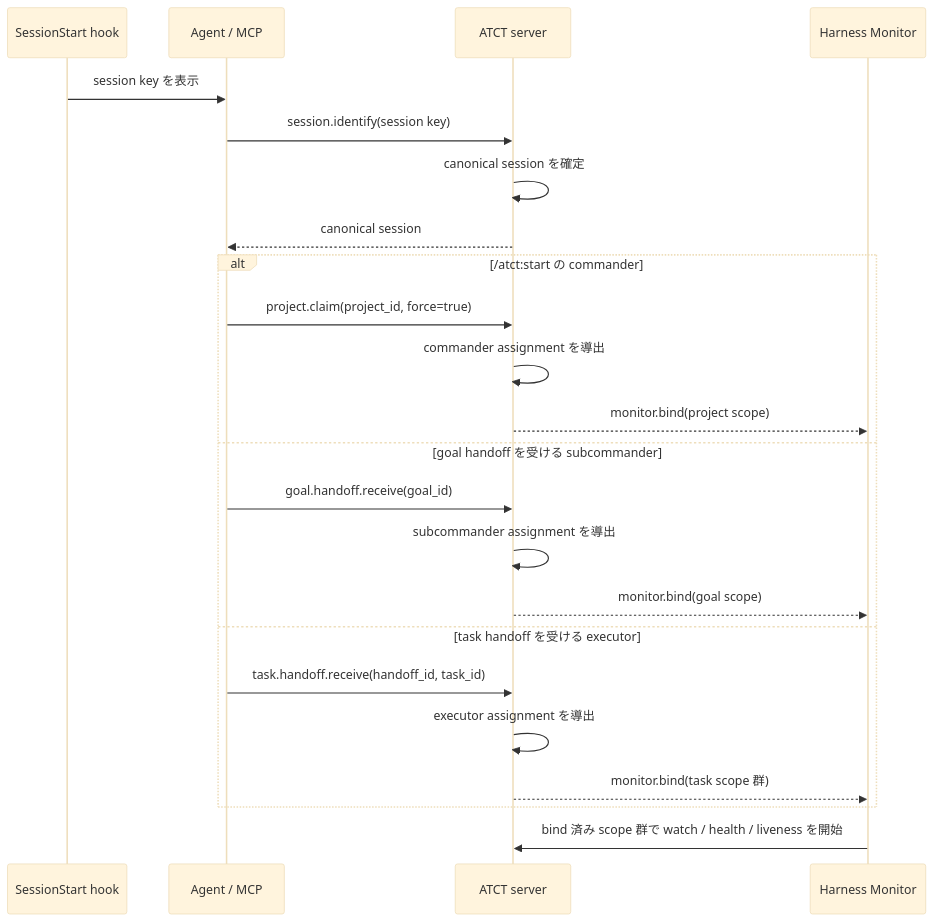
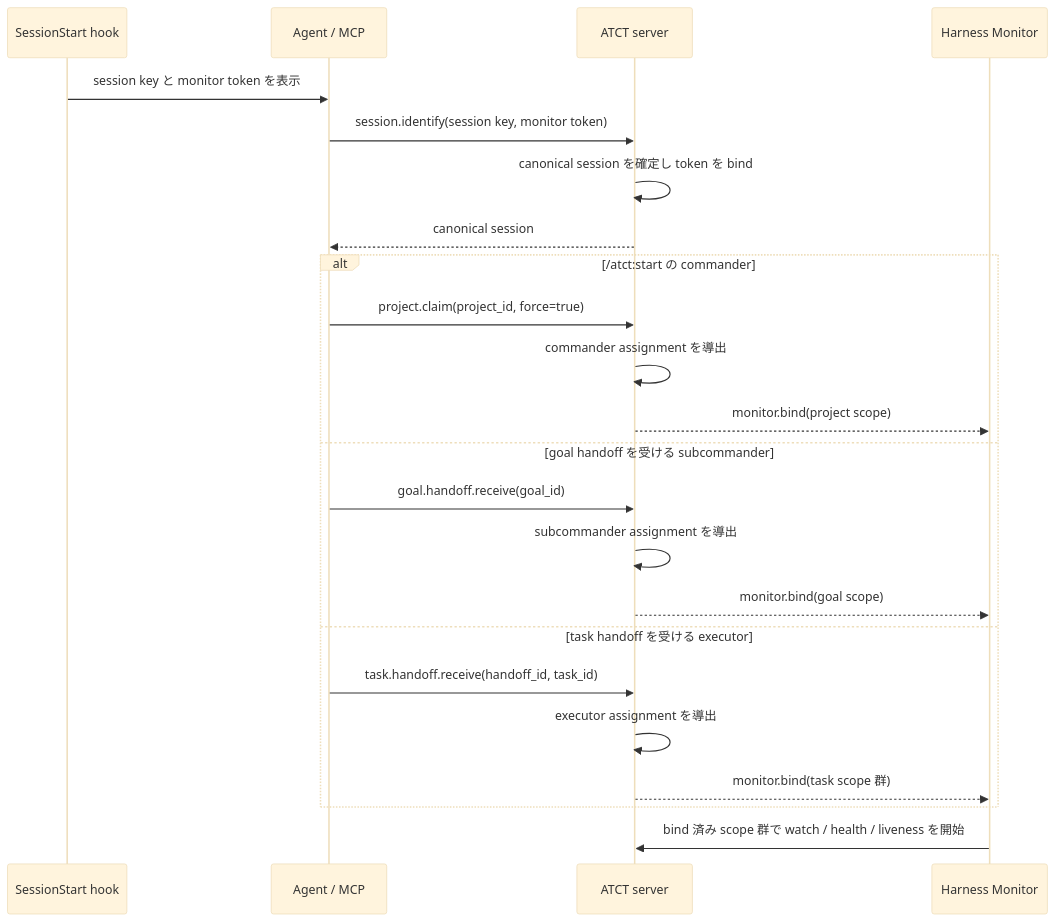
Before and after one commit to michiomochi/atct: the diagram in doc/bootstrap.md, drawn with Mermaid (base theme). The commit also changed other lines of this file and 7 other files, not shown here.

Commit message:
feat: bind Claude watches to session assignments

````diff
--- a/doc/bootstrap.md
+++ b/doc/bootstrap.md
@@ -23,26 +24,26 @@
 ```mermaid
 sequenceDiagram
     participant H as SessionStart hook
     participant A as Agent / MCP
     participant S as ATCT server
     participant M as Harness Monitor
 
-    H->>A: session key を表示
-    A->>S: session.identify(session key)
-    S->>S: canonical session を確定
+    H->>A: session key と monitor token を表示
+    A->>S: session.identify(session key, monitor token)
+    S->>S: canonical session を確定し token を bind
     S-->>A: canonical session
     alt /atct:start の commander
         A->>S: project.claim(project_id, force=true)
         S->>S: commander assignment を導出
         S-->>M: monitor.bind(project scope)
     else goal handoff を受ける subcommander
         A->>S: goal.handoff.receive(goal_id)
         S->>S: subcommander assignment を導出
         S-->>M: monitor.bind(goal scope)
     else task handoff を受ける executor
         A->>S: task.handoff.receive(handoff_id, task_id)
         S->>S: executor assignment を導出
         S-->>M: monitor.bind(task scope 群)
     end
     M->>S: bind 済み scope 群で watch / health / liveness を開始
 ```
````
